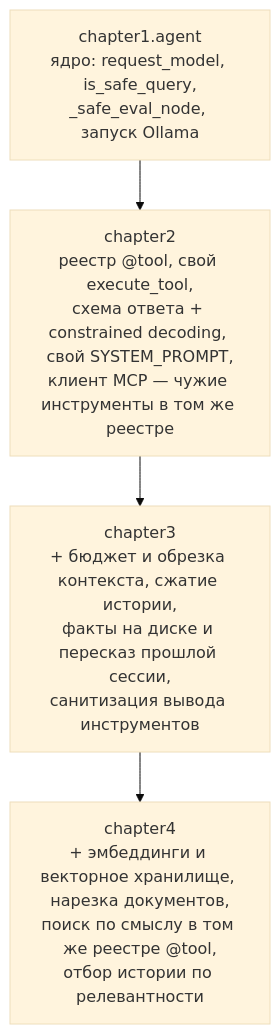
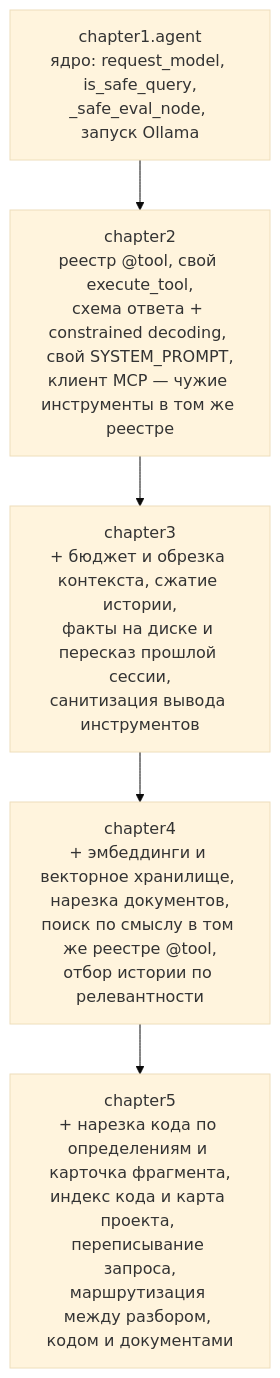
The diagram in README.md (io982/firstAgent), drawn with Mermaid (base theme) before and after one commit. The commit also changed other lines of this file and 4 other files, not shown here.

First line of the commit message:
Глава 5: текст — мост построила не карточка, а переписывание запроса

````diff
--- a/README.md
+++ b/README.md
@@ -361,7 +376,8 @@
 ```mermaid
 graph TD
     Base["chapter1.agent<br/>ядро: request_model, is_safe_query,<br/>_safe_eval_node, запуск Ollama"]
     Base --> Ch2["chapter2<br/>реестр @tool, свой execute_tool,<br/>схема ответа + constrained decoding, свой SYSTEM_PROMPT,<br/>клиент MCP — чужие инструменты в том же реестре"]
     Ch2 --> Ch3["chapter3<br/>+ бюджет и обрезка контекста, сжатие истории,<br/>факты на диске и пересказ прошлой сессии,<br/>санитизация вывода инструментов"]
     Ch3 --> Ch4["chapter4<br/>+ эмбеддинги и векторное хранилище, нарезка документов,<br/>поиск по смыслу в том же реестре @tool,<br/>отбор истории по релевантности"]
+    Ch4 --> Ch5["chapter5<br/>+ нарезка кода по определениям и карточка фрагмента,<br/>индекс кода и карта проекта, переписывание запроса,<br/>маршрутизация между разбором, кодом и документами"]
 ```
````
